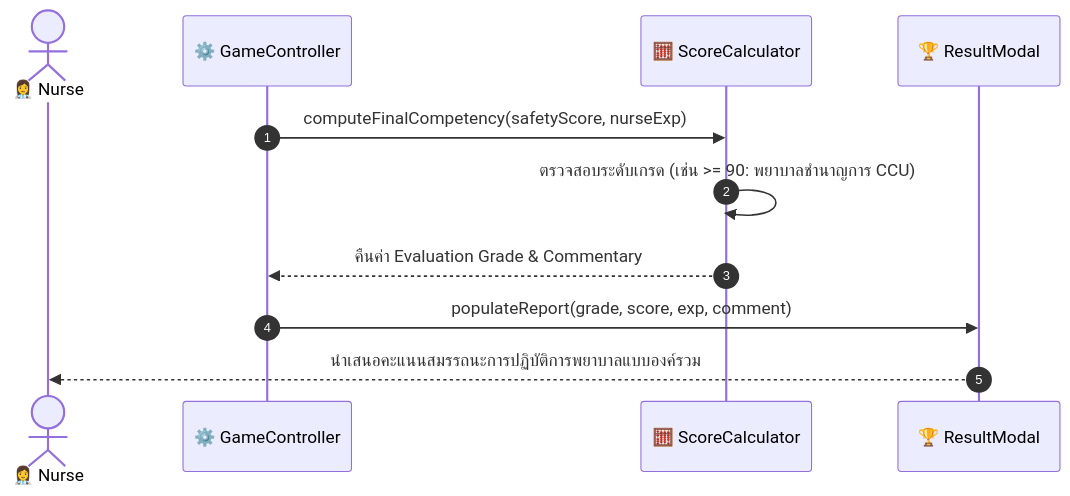
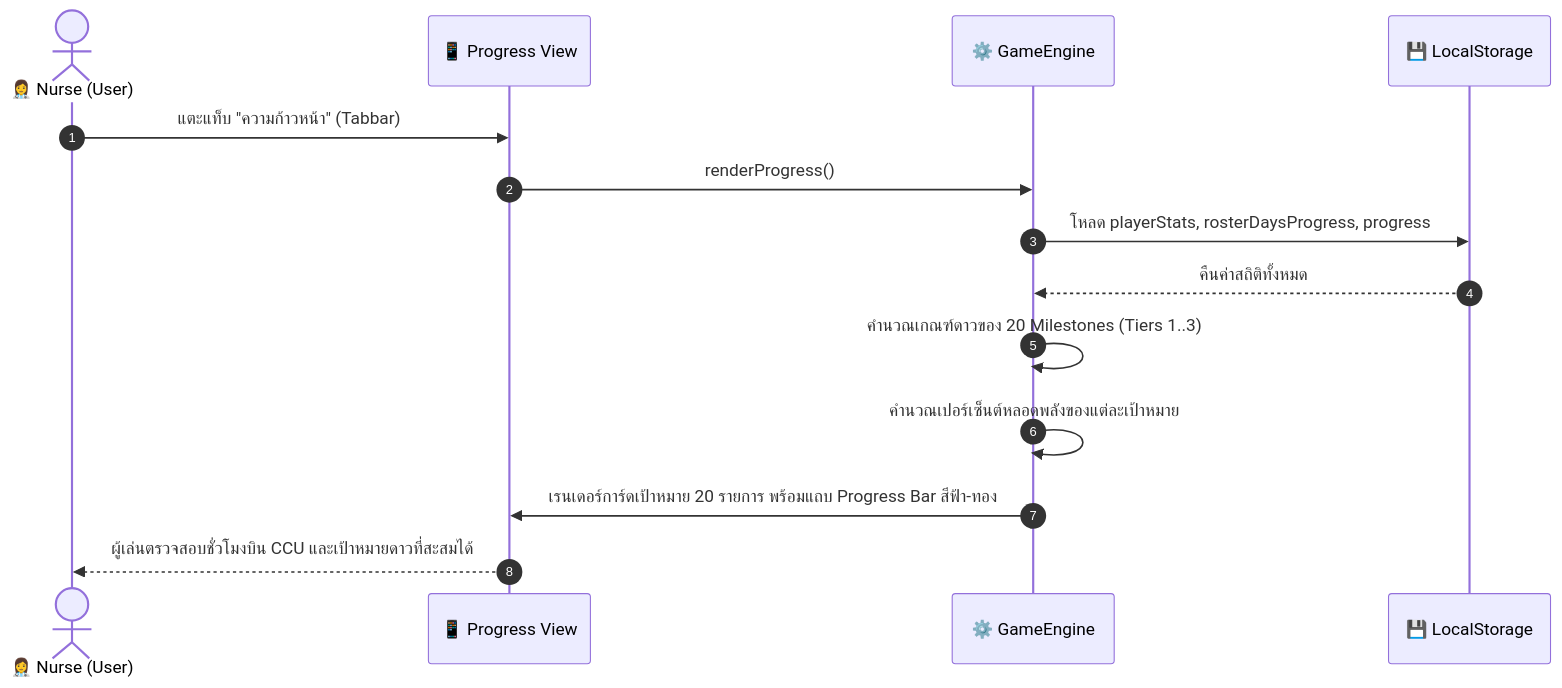
One commit to superxsiwa/a-ward changed the fifth of 5 diagrams in docs/SEQUENCE_DIAGRAMS.md. Above: the diagram before and after it, drawn with Mermaid. The commit also changed other lines of this file and 3 other files, not shown here.

Commit message:
docs: align design documents with latest CCU prototype (shift roster, 8 beds, 20 milestones)

````diff
--- a/docs/SEQUENCE_DIAGRAMS.md
+++ b/docs/SEQUENCE_DIAGRAMS.md
@@ -176,14 +138,17 @@
 ```mermaid
 sequenceDiagram
     autonumber
-    actor Nurse as 👩‍⚕️ Nurse
-    participant Game as ⚙️ GameController
-    participant Evaluator as 🧮 ScoreCalculator
-    participant Modal as 🏆 ResultModal
+    actor Nurse as 👩‍⚕️ Nurse (User)
+    participant UI as 📱 Progress View
+    participant Engine as ⚙️ GameEngine
+    participant Storage as 💾 LocalStorage
 
-    Game ->> Evaluator: computeFinalCompetency(safetyScore, nurseExp)
-    Evaluator ->> Evaluator: ตรวจสอบระดับเกรด (เช่น >= 90: พยาบาลชำนาญการ CCU)
-    Evaluator -->> Game: คืนค่า Evaluation Grade & Commentary
-    Game ->> Modal: populateReport(grade, score, exp, comment)
-    Modal -->> Nurse: นำเสนอคะแนนสมรรถนะการปฏิบัติการพยาบาลแบบองค์รวม
+    Nurse ->> UI: แตะแท็บ "ความก้าวหน้า" (Tabbar)
+    UI ->> Engine: renderProgress()
+    Engine ->> Storage: โหลด playerStats, rosterDaysProgress, progress
+    Storage -->> Engine: คืนค่าสถิติทั้งหมด
+    Engine ->> Engine: คำนวณเกณฑ์ดาวของ 20 Milestones (Tiers 1..3)
+    Engine ->> Engine: คำนวณเปอร์เซ็นต์หลอดพลังของแต่ละเป้าหมาย
+    Engine ->> UI: เรนเดอร์การ์ดเป้าหมาย 20 รายการ พร้อมแถบ Progress Bar สีฟ้า-ทอง
+    UI -->> Nurse: ผู้เล่นตรวจสอบชั่วโมงบิน CCU และเป้าหมายดาวที่สะสมได้
 ```
````
